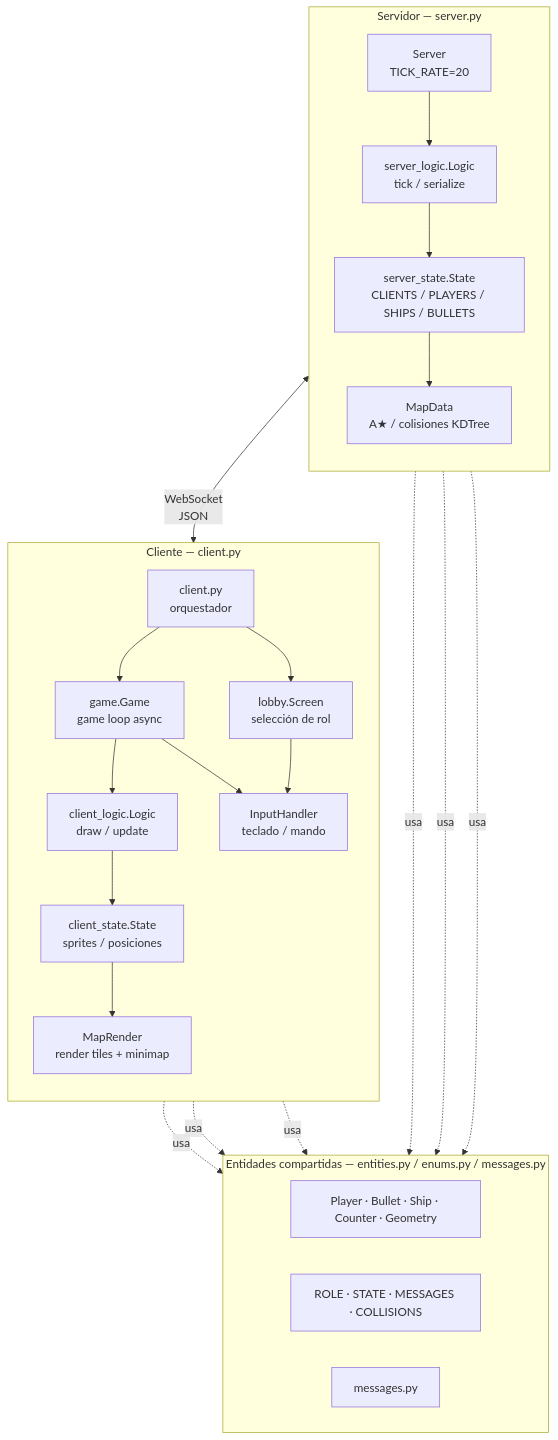
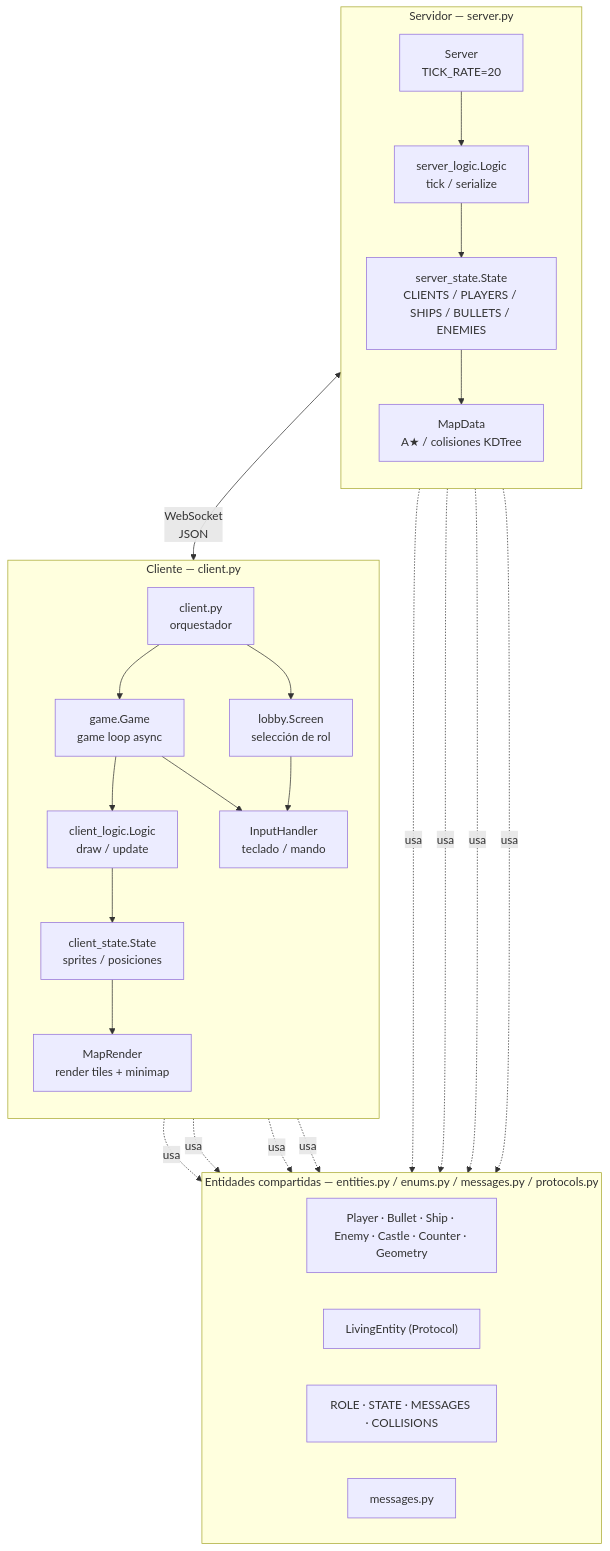
One commit to Aouei/pygame_multi changed the first of 5 diagrams in docs/diagramas/clases.md. Above: the diagram before and after it, drawn with Mermaid. The commit also changed other lines of this file and 35 other files, not shown here.

````diff
--- a/docs/diagramas/clases.md
+++ b/docs/diagramas/clases.md
@@ -7,42 +7,44 @@
 ```mermaid
 flowchart TB
     subgraph SERVER["Servidor — server.py"]
         direction TB
         SVR[Server\nTICK_RATE=20]
         SL[server_logic.Logic\ntick / serialize]
-        SS[server_state.State\nCLIENTS / PLAYERS / SHIPS / BULLETS]
+        SS[server_state.State\nCLIENTS / PLAYERS / SHIPS / BULLETS / ENEMIES]
         MD[MapData\nA★ / colisiones KDTree]
     end
 
-    subgraph SHARED["Entidades compartidas — entities.py / enums.py / messages.py"]
+    subgraph SHARED["Entidades compartidas — entities.py / enums.py / messages.py / protocols.py"]
         direction LR
-        ENT["Player · Bullet · Ship · Counter · Geometry"]
+        ENT["Player · Bullet · Ship · Enemy · Castle · Counter · Geometry"]
+        PROTO["LivingEntity (Protocol)"]
         ENUMS["ROLE · STATE · MESSAGES · COLLISIONS"]
         MSG[messages.py]
     end
 
     subgraph CLIENT["Cliente — client.py"]
         direction TB
         CLI[client.py\norquestador]
         LOBBY[lobby.Screen\nselección de rol]
         GAME[game.Game\ngame loop async]
         CL[client_logic.Logic\ndraw / update]
         CS[client_state.State\nsprites / posiciones]
         MR[MapRender\nrender tiles + minimap]
         IH[InputHandler\nteclado / mando]
     end
 
     SVR --> SL --> SS --> MD
 
     CLI --> LOBBY
     CLI --> GAME
     GAME --> CL --> CS --> MR
     LOBBY & GAME --> IH
 
     SVR <-->|"WebSocket\nJSON"| GAME
 
     SS -. usa .-> ENT
     CS -. usa .-> ENT
     SVR & GAME -. usa .-> MSG
     SL & CL -. usa .-> ENUMS
+    SL & CL -. usa .-> PROTO
 ```
````
